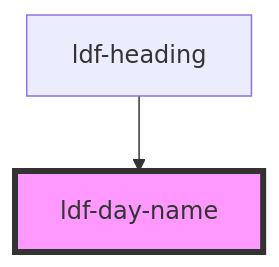
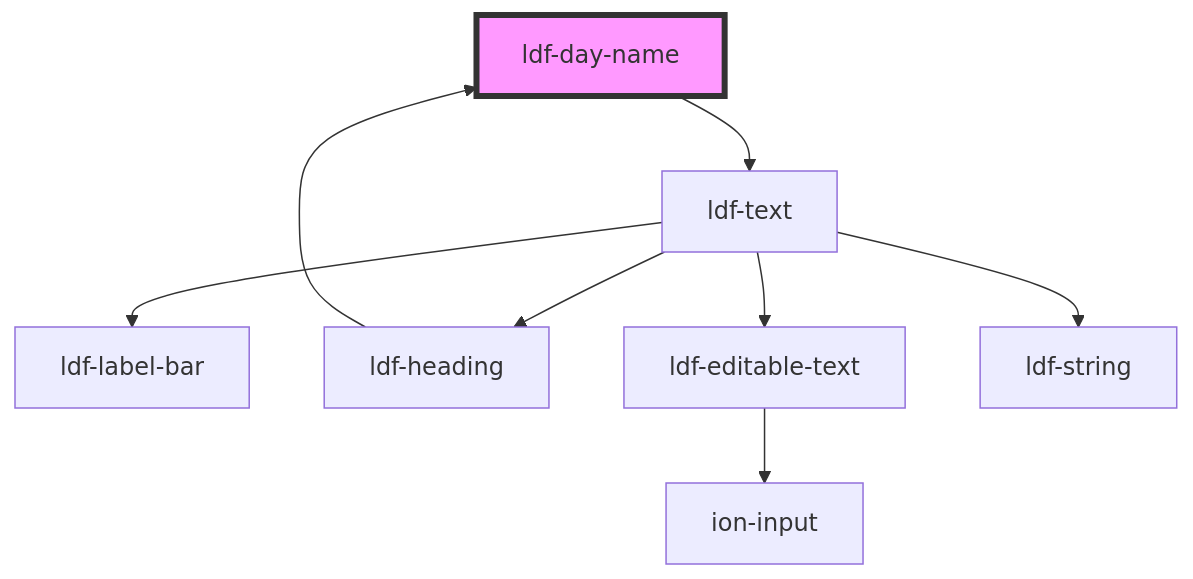
One commit to gbj/venite changed the diagram in components/src/components/day-name/readme.md. Above: the diagram before and after it, drawn with Mermaid. The commit also changed other lines of this file and 100 other files, not shown here.

````diff
--- a/components/src/components/day-name/readme.md
+++ b/components/src/components/day-name/readme.md
@@ -22,5 +26,11 @@
 ```mermaid
 graph TD;
+  ldf-day-name --> ldf-text
+  ldf-text --> ldf-label-bar
+  ldf-text --> ldf-heading
+  ldf-text --> ldf-editable-text
+  ldf-text --> ldf-string
   ldf-heading --> ldf-day-name
+  ldf-editable-text --> ion-input
   style ldf-day-name fill:#f9f,stroke:#333,stroke-width:4px
 ```
````
